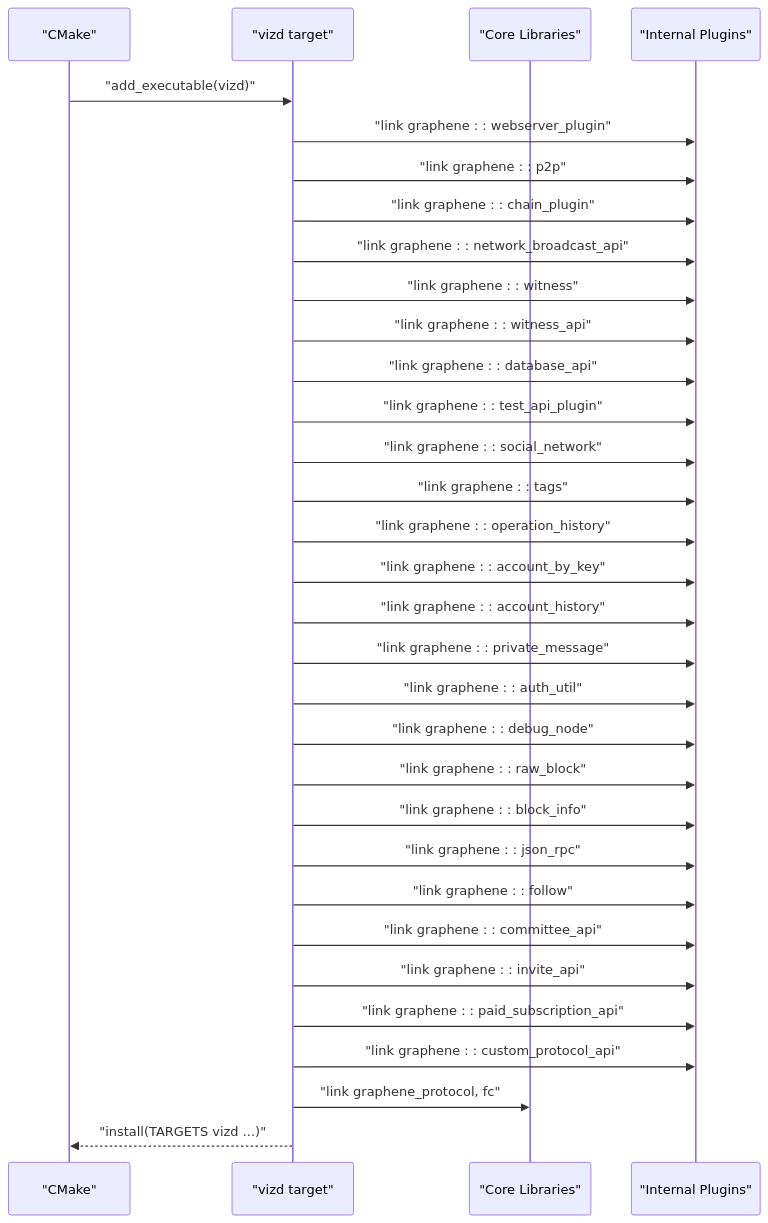
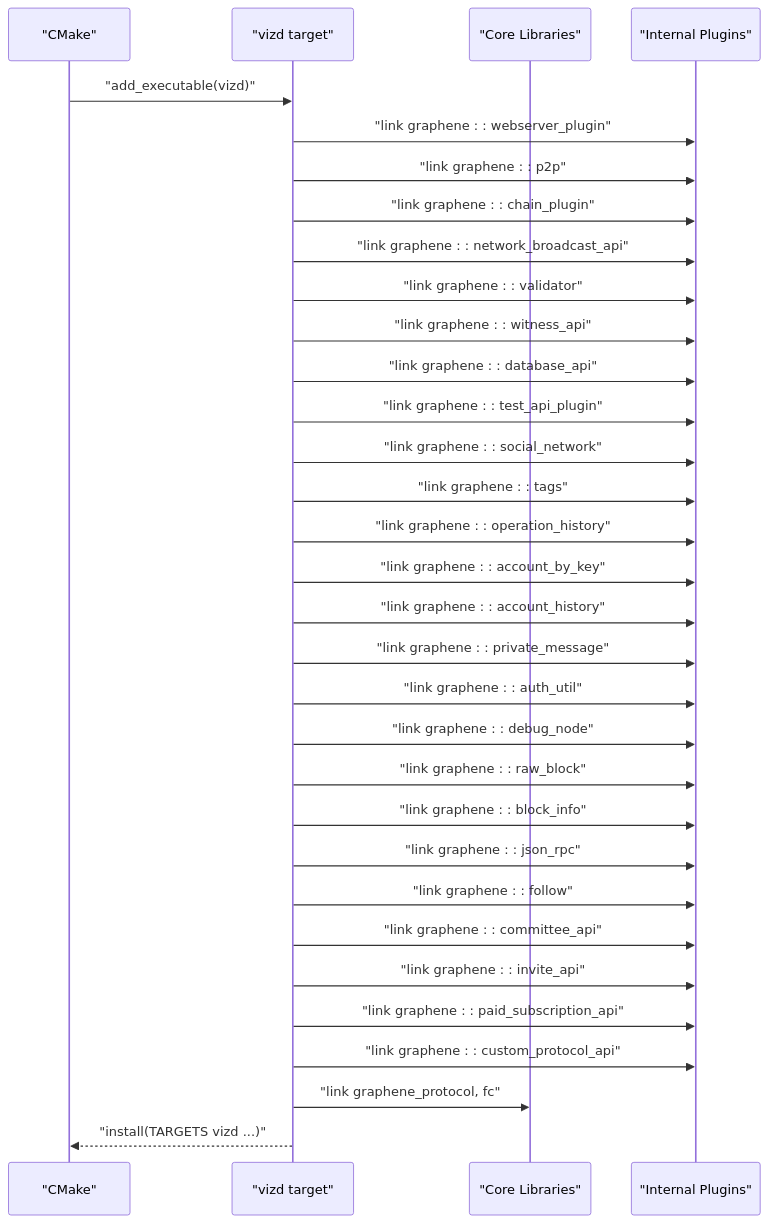
One commit to VIZ-Blockchain/viz-cpp-node changed the third of 9 diagrams in .qoder/repowiki/en/content/Development Tools/Build System/CMake Configuration/Build Targets.md. Above: the diagram before and after it, drawn with Mermaid. The commit also changed other lines of this file and 88 other files, not shown here.

First line of the commit message:
docs(validator): rename witness to validator throughout documentation

````diff
--- a/.qoder/repowiki/en/content/Development Tools/Build System/CMake Configuration/Build Targets.md
+++ b/.qoder/repowiki/en/content/Development Tools/Build System/CMake Configuration/Build Targets.md
@@ -174,34 +174,34 @@
 ```mermaid
 sequenceDiagram
 participant CMake as "CMake"
 participant VIZD as "vizd target"
 participant Libs as "Core Libraries"
 participant Plugs as "Internal Plugins"
 CMake->>VIZD : "add_executable(vizd)"
 VIZD->>Plugs : "link graphene : : webserver_plugin"
 VIZD->>Plugs : "link graphene : : p2p"
 VIZD->>Plugs : "link graphene : : chain_plugin"
 VIZD->>Plugs : "link graphene : : network_broadcast_api"
-VIZD->>Plugs : "link graphene : : witness"
+VIZD->>Plugs : "link graphene : : validator"
 VIZD->>Plugs : "link graphene : : witness_api"
 VIZD->>Plugs : "link graphene : : database_api"
 VIZD->>Plugs : "link graphene : : test_api_plugin"
 VIZD->>Plugs : "link graphene : : social_network"
 VIZD->>Plugs : "link graphene : : tags"
 VIZD->>Plugs : "link graphene : : operation_history"
 VIZD->>Plugs : "link graphene : : account_by_key"
 VIZD->>Plugs : "link graphene : : account_history"
 VIZD->>Plugs : "link graphene : : private_message"
 VIZD->>Plugs : "link graphene : : auth_util"
 VIZD->>Plugs : "link graphene : : debug_node"
 VIZD->>Plugs : "link graphene : : raw_block"
 VIZD->>Plugs : "link graphene : : block_info"
 VIZD->>Plugs : "link graphene : : json_rpc"
 VIZD->>Plugs : "link graphene : : follow"
 VIZD->>Plugs : "link graphene : : committee_api"
 VIZD->>Plugs : "link graphene : : invite_api"
 VIZD->>Plugs : "link graphene : : paid_subscription_api"
 VIZD->>Plugs : "link graphene : : custom_protocol_api"
 VIZD->>Libs : "link graphene_protocol, fc"
 VIZD-->>CMake : "install(TARGETS vizd ...)"
 ```
````
